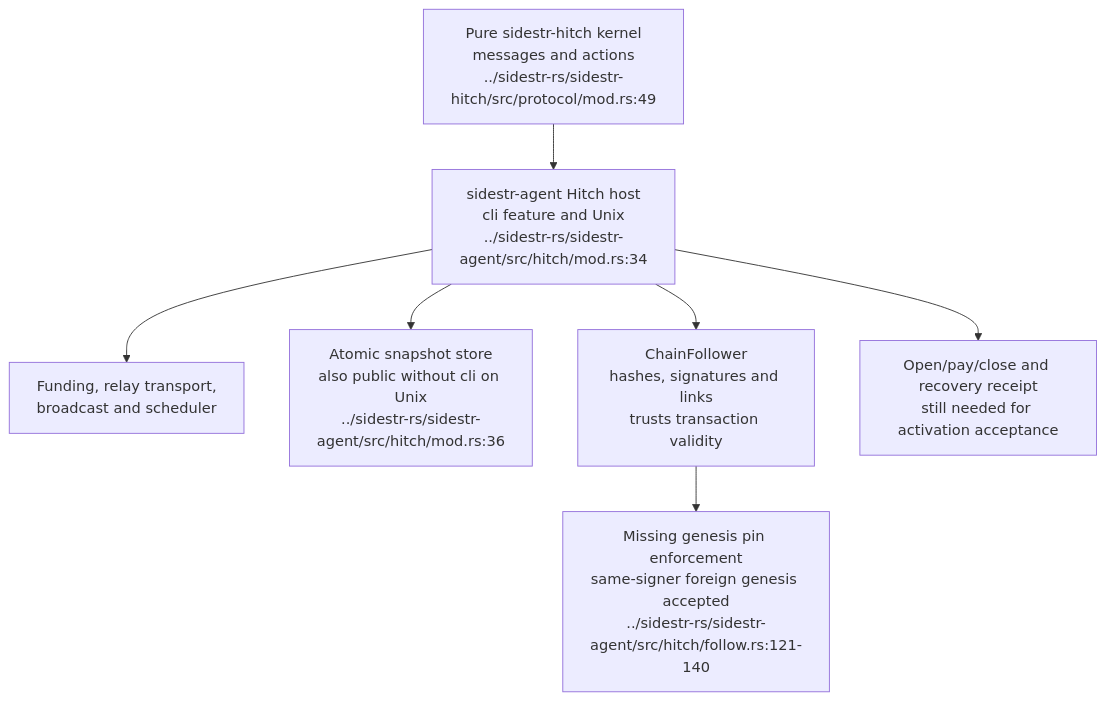
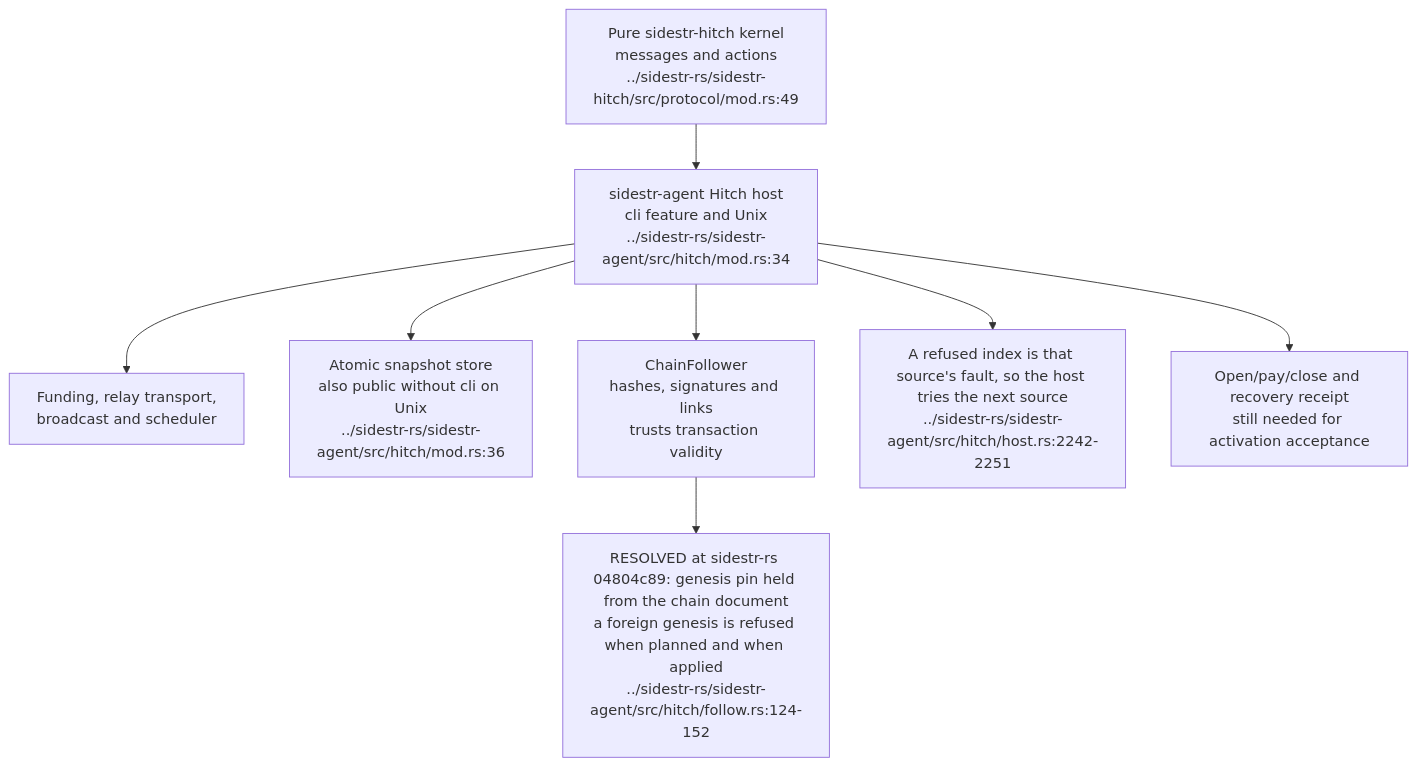
The fifth of 5 diagrams in docs/diagrams/sidestr-rs/04-hitch-channel-kernel-and-host-gap.md (DreamLab-AI/VisionFlow), drawn with Mermaid before and after one commit. The commit also changed other lines of this file, not shown here.

First line of the commit message:
docs(diagrams): SR-04 records the Hitch follower's genesis pin and re-stamps to sidestr-rs 04804c89

````diff
--- a/docs/diagrams/sidestr-rs/04-hitch-channel-kernel-and-host-gap.md
+++ b/docs/diagrams/sidestr-rs/04-hitch-channel-kernel-and-host-gap.md
@@ -132,9 +132,10 @@
 ```mermaid
 flowchart TB
     K["Pure sidestr-hitch kernel<br/>messages and actions<br/>../sidestr-rs/sidestr-hitch/src/protocol/mod.rs:49"] --> HOST["sidestr-agent Hitch host<br/>cli feature and Unix<br/>../sidestr-rs/sidestr-agent/src/hitch/mod.rs:34"]
     HOST --> IO["Funding, relay transport,<br/>broadcast and scheduler"]
     HOST --> STO["Atomic snapshot store<br/>also public without cli on Unix<br/>../sidestr-rs/sidestr-agent/src/hitch/mod.rs:36"]
     HOST --> WATCH["ChainFollower<br/>hashes, signatures and links<br/>trusts transaction validity"]
-    WATCH --> GAP["Missing genesis pin enforcement<br/>same-signer foreign genesis accepted<br/>../sidestr-rs/sidestr-agent/src/hitch/follow.rs:121-140"]
+    WATCH --> PIN["RESOLVED at sidestr-rs 04804c89: genesis pin held from the chain document<br/>a foreign genesis is refused when planned and when applied<br/>../sidestr-rs/sidestr-agent/src/hitch/follow.rs:124-152"]
+    HOST --> NEXT["A refused index is that source's fault, so the host tries the next source<br/>../sidestr-rs/sidestr-agent/src/hitch/host.rs:2242-2251"]
     HOST --> GATE["Open/pay/close and recovery receipt<br/>still needed for activation acceptance"]
 ```
````
